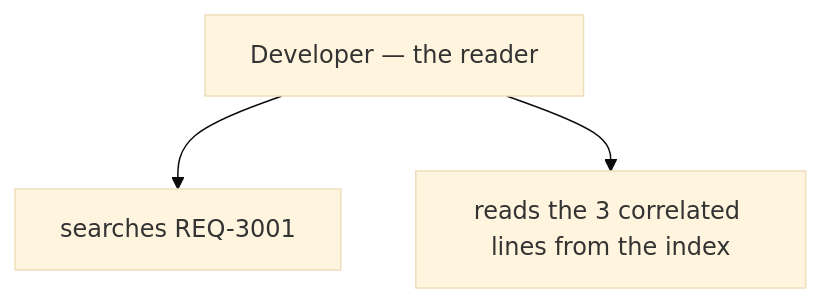
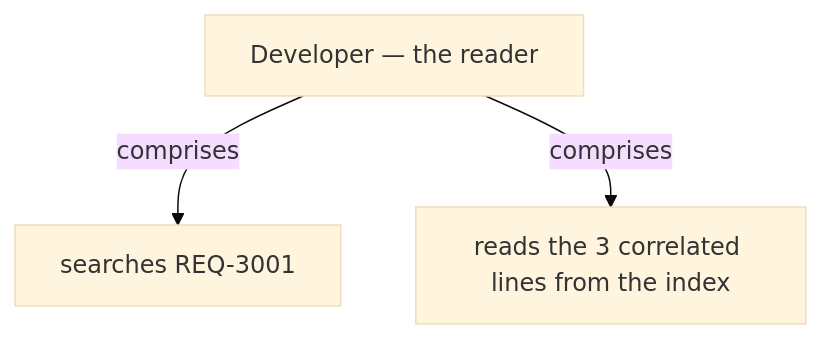
Before and after one commit to vinayakuber/microservices-io-study-guide: the seventh of 13 diagrams in docs/ch36-log-aggregation.md, drawn with Mermaid (base theme). The commit also changed other lines of this file and 71 other files, not shown here.

First line of the commit message:
R18: label every diagram arrow with its meaning

````diff
--- a/docs/ch36-log-aggregation.md
+++ b/docs/ch36-log-aggregation.md
@@ -225,6 +225,6 @@
 ```mermaid
 flowchart TD
   R["Developer — the reader"]
-  R --> P0["searches REQ-3001"]
-  R --> P1["reads the 3 correlated lines from the index"]
+  R -->|"comprises"| P0["searches REQ-3001"]
+  R -->|"comprises"| P1["reads the 3 correlated lines from the index"]
 ```
````
